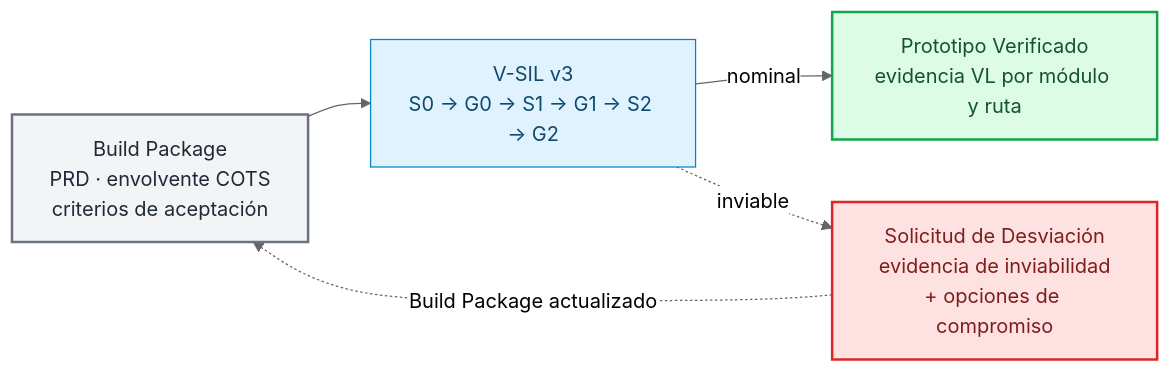
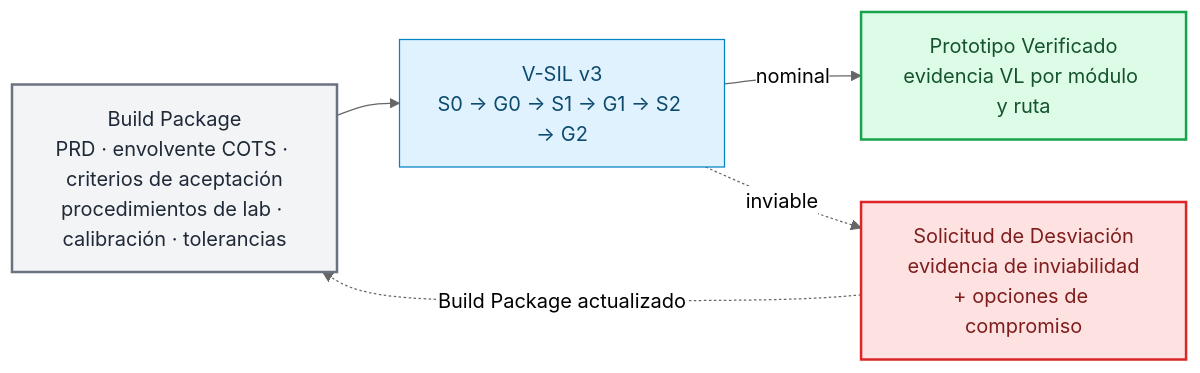
One commit to dramirezbe/codeanvil-gcpds changed the first of 11 diagrams in methodology/V-SIL-v3/V-SIL_v3-spa.md. Above: the diagram before and after it, drawn with Mermaid (neutral theme). The commit also changed other lines of this file and 3 other files, not shown here.

````diff
--- a/methodology/V-SIL-v3/V-SIL_v3-spa.md
+++ b/methodology/V-SIL-v3/V-SIL_v3-spa.md
@@ -13,17 +13,17 @@
 ```mermaid
 flowchart LR
     classDef input fill:#f3f4f6,stroke:#6b7280,color:#1f2937,stroke-width:2px
     classDef vsil fill:#e0f2fe,stroke:#0284c7,color:#0c4a6e
     classDef output fill:#dcfce7,stroke:#16a34a,color:#14532d,stroke-width:2px
     classDef rfd fill:#fee2e2,stroke:#dc2626,color:#7f1d1d,stroke-width:2px
 
-    IN["Build Package<br/>PRD · envolvente COTS<br/>criterios de aceptación"]:::input
+    IN["Build Package<br/>PRD · envolvente COTS · criterios de aceptación<br/>procedimientos de lab · calibración · tolerancias"]:::input
     VSIL["V-SIL v3<br/>S0 → G0 → S1 → G1 → S2 → G2"]:::vsil
     OUT["Prototipo Verificado<br/>evidencia VL por módulo y ruta"]:::output
     RFD["Solicitud de Desviación<br/>evidencia de inviabilidad<br/>+ opciones de compromiso"]:::rfd
 
     IN --> VSIL
     VSIL -->|nominal| OUT
     VSIL -.->|inviable| RFD
     RFD -.->|Build Package actualizado| IN
 ```
````
